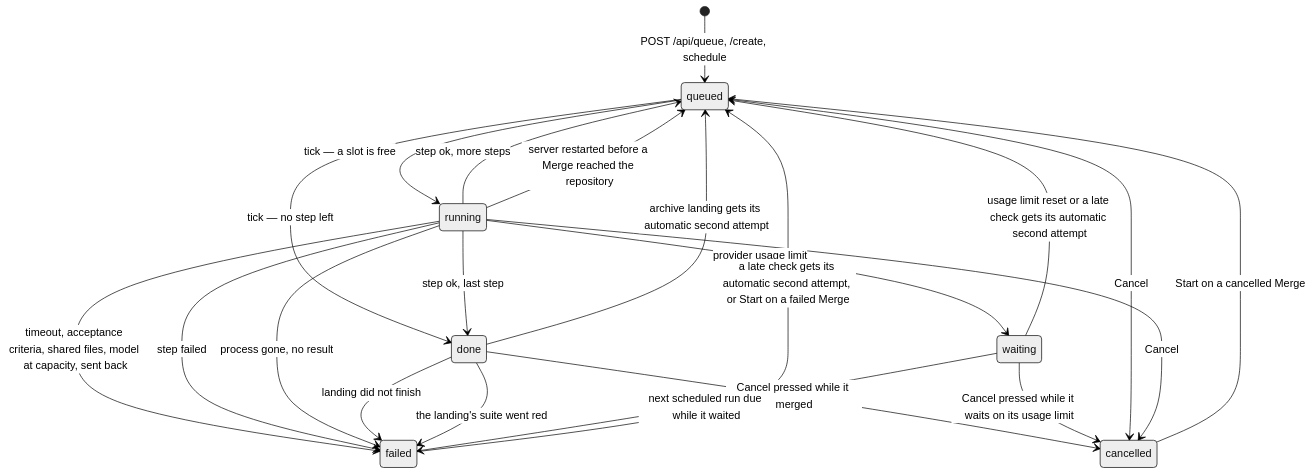
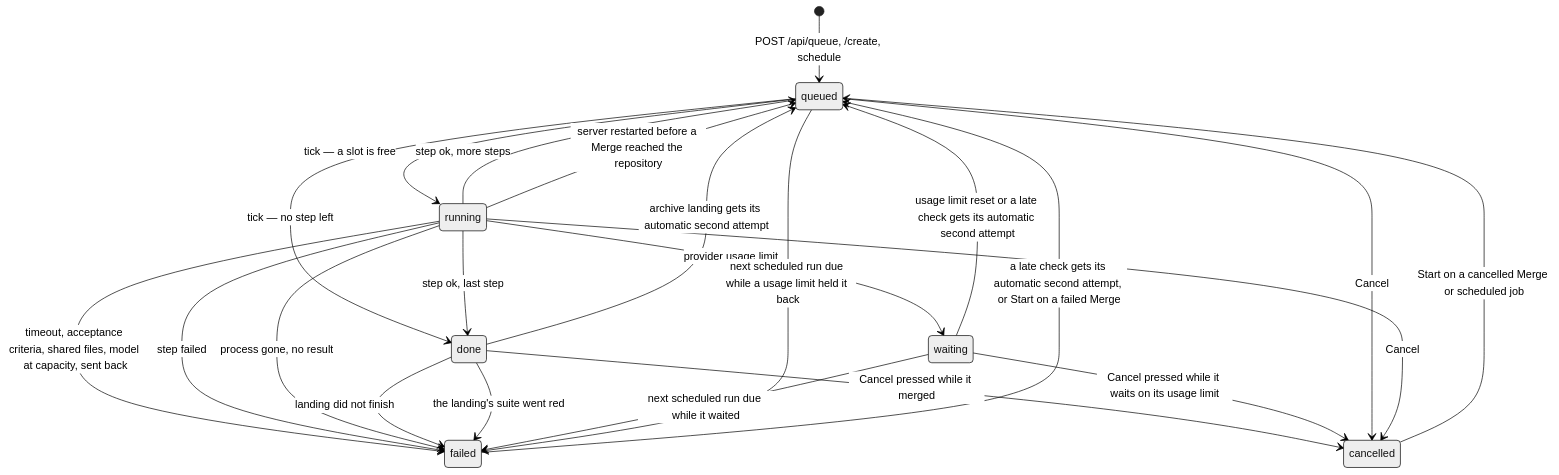
Before and after one commit to ragnarwestad/aide: the diagram in dashboard/docs/job-states.md, drawn with Mermaid (neutral theme). The commit also changed other lines of this file and 14 other files, not shown here.

First line of the commit message:
scheduled-start-and-held-back

````diff
--- a/dashboard/docs/job-states.md
+++ b/dashboard/docs/job-states.md
@@ -47,24 +47,25 @@
 ```mermaid
 stateDiagram-v2
     [*] --> queued: POST /api/queue, /create, schedule
     queued --> running: tick — a slot is free
     queued --> done: tick — no step left
     running --> queued: step ok, more steps
     running --> done: step ok, last step
     running --> failed: timeout, acceptance criteria, shared files, model at capacity, sent back
     running --> waiting: provider usage limit
     running --> failed: step failed
     running --> failed: process gone, no result
     running --> queued: server restarted before a Merge reached the repository
     done --> failed: landing did not finish
     done --> failed: the landing's suite went red
     done --> queued: archive landing gets its automatic second attempt
     done --> cancelled: Cancel pressed while it merged
     waiting --> cancelled: Cancel pressed while it waits on its usage limit
     waiting --> failed: next scheduled run due while it waited
+    queued --> failed: next scheduled run due while a usage limit held it back
     waiting --> queued: usage limit reset or a late check gets its automatic second attempt
     failed --> queued: a late check gets its automatic second attempt, or Start on a failed Merge
     queued --> cancelled: Cancel
     running --> cancelled: Cancel
-    cancelled --> queued: Start on a cancelled Merge
+    cancelled --> queued: Start on a cancelled Merge or scheduled job
 ```
````
